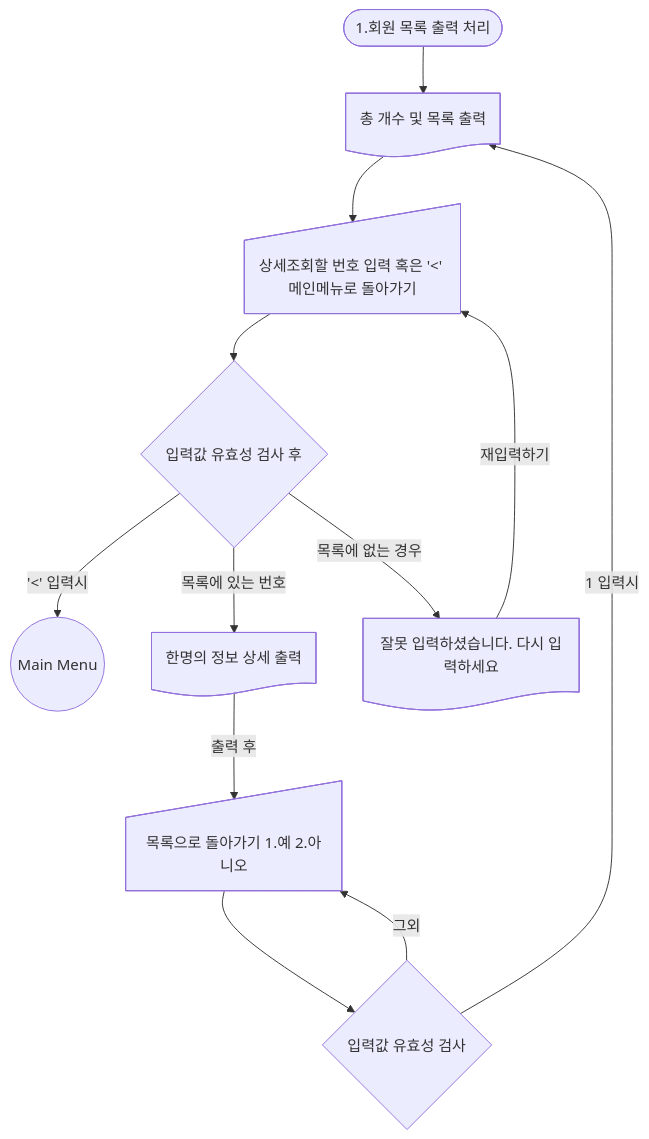
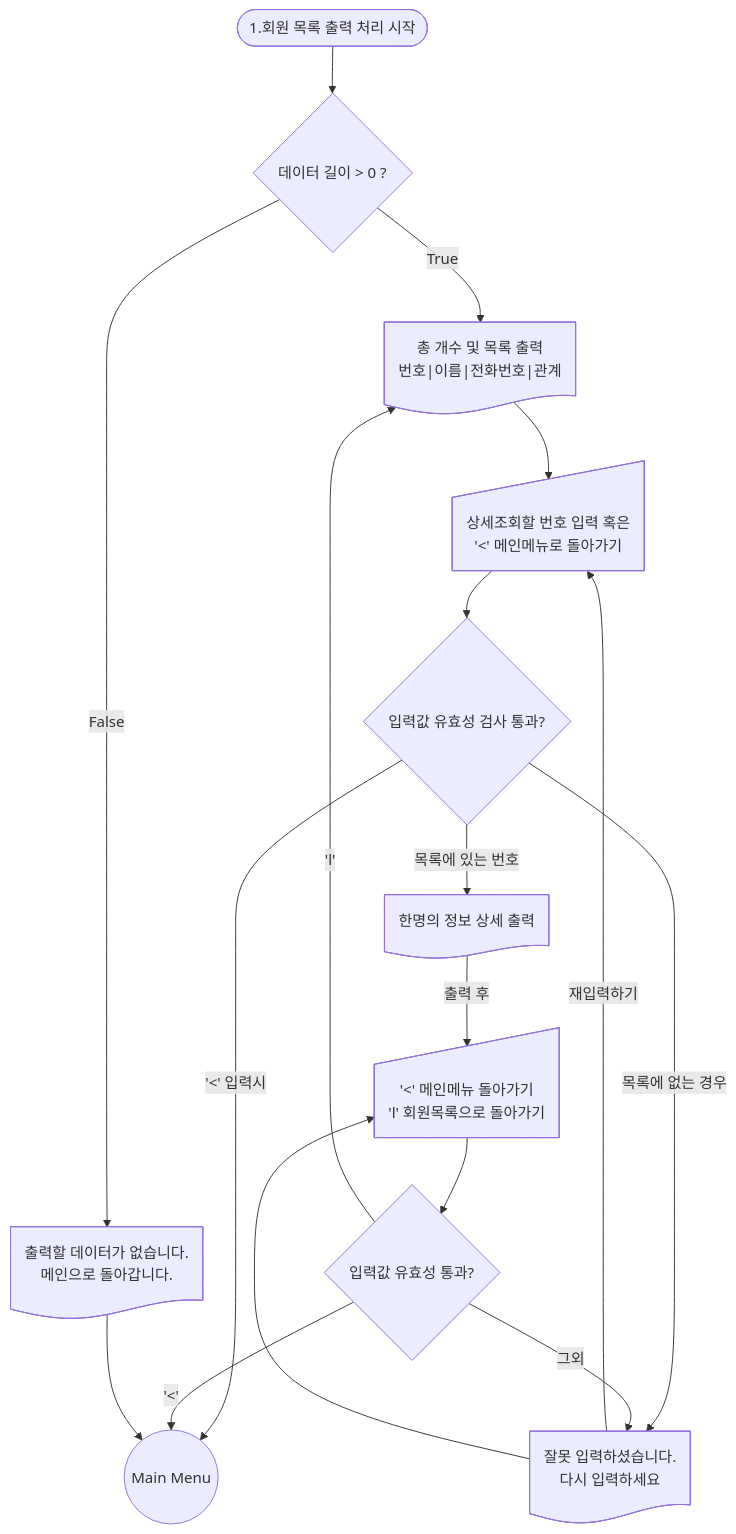
One commit to Happy-o3ov/big20-python-project1-team3 changed the diagram in docs/1stSubject_flowchart01_list.md. Above: the diagram before and after it, drawn with Mermaid. The commit also changed 11 other files, not shown here.

Commit message:
flowchart make up

````diff
--- a/docs/1stSubject_flowchart01_list.md
+++ b/docs/1stSubject_flowchart01_list.md
@@ -2,16 +2,20 @@
 ```mermaid
 graph TD
     %% 회원 목록 출력
-    List([1.회원 목록 출력 처리]) --> printList@{ shape: doc, label: "총 개수 및 목록 출력"};
-    printList --> inputViewNum@{ shape: sl-rect, label: "상세조회할 번호 입력 혹은 '<' 메인메뉴로 돌아가기" };
-    inputViewNum --> inputValidation{ 입력값 유효성 검사 후 }
-    inputValidation -- '<' 입력시 --> Menu((Main Menu));
-    inputValidation -- 목록에 있는 번호 --> viewDetail@{ shape: doc, label: "한명의 정보 상세 출력"}
-    inputValidation -- 목록에 없는 경우 --> errorInputPrint@{ shape: doc, label: "잘못 입력하셨습니다. 다시 입력하세요"};
-    errorInputPrint -- 재입력하기 --> inputViewNum
-    viewDetail -- 출력 후 --> inptGotoList@{ shape: sl-rect, label: "목록으로 돌아가기 1.예 2.아니오" }
-    inptGotoList --> validation{입력값 유효성 검사}
-    validation -- 1 입력시 --> printList
-    validation -- 그외 --> inptGotoList
-
+    List([1.회원 목록 출력 처리 시작]) --> getList{ 데이터 길이 > 0 ? }    
+    getList -- True --> printList@{ shape: doc, label: "총 개수 및 목록 출력<br>번호|이름|전화번호|관계"};
+        printList --> inputViewNum@{ shape: sl-rect, label: "상세조회할 번호 입력 혹은 <br> '<' 메인메뉴로 돌아가기" };
+        inputViewNum --> inputValidation{ 입력값 유효성 검사 통과? }
+        inputValidation -- '<' 입력시 --> mainMenu((Main Menu));
+        inputValidation -- 목록에 있는 번호 --> viewDetail@{ shape: doc, label: "한명의 정보 상세 출력"}
+        inputValidation -- 목록에 없는 경우 --> errorInputPrint@{ shape: doc, label: "잘못 입력하셨습니다.<br> 다시 입력하세요"};
+        errorInputPrint -- 재입력하기 --> inputViewNum
+        viewDetail -- 출력 후 --> nextAction@{ shape: sl-rect, label: "'<' 메인메뉴 돌아가기 <br> 'l' 회원목록으로 돌아가기" }
+        nextAction --> validation{입력값 유효성 통과? }
+        validation -- '<' --> mainMenu
+        validation -- 'l' --> printList
+        validation -- 그외 --> errorInputPrint@{ shape: doc, label: "잘못 입력하셨습니다. <br> 다시 입력하세요"};
+        errorInputPrint --> nextAction
+    getList -- False --> noData@{ shape: doc, label: "출력할 데이터가 없습니다. <br>메인으로 돌아갑니다. " }
+    noData --> mainMenu
 ```
````
